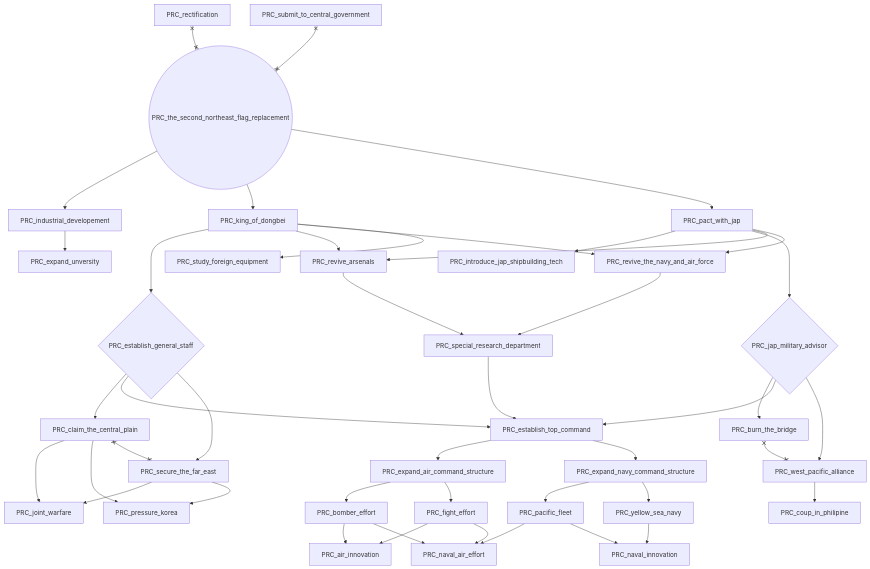
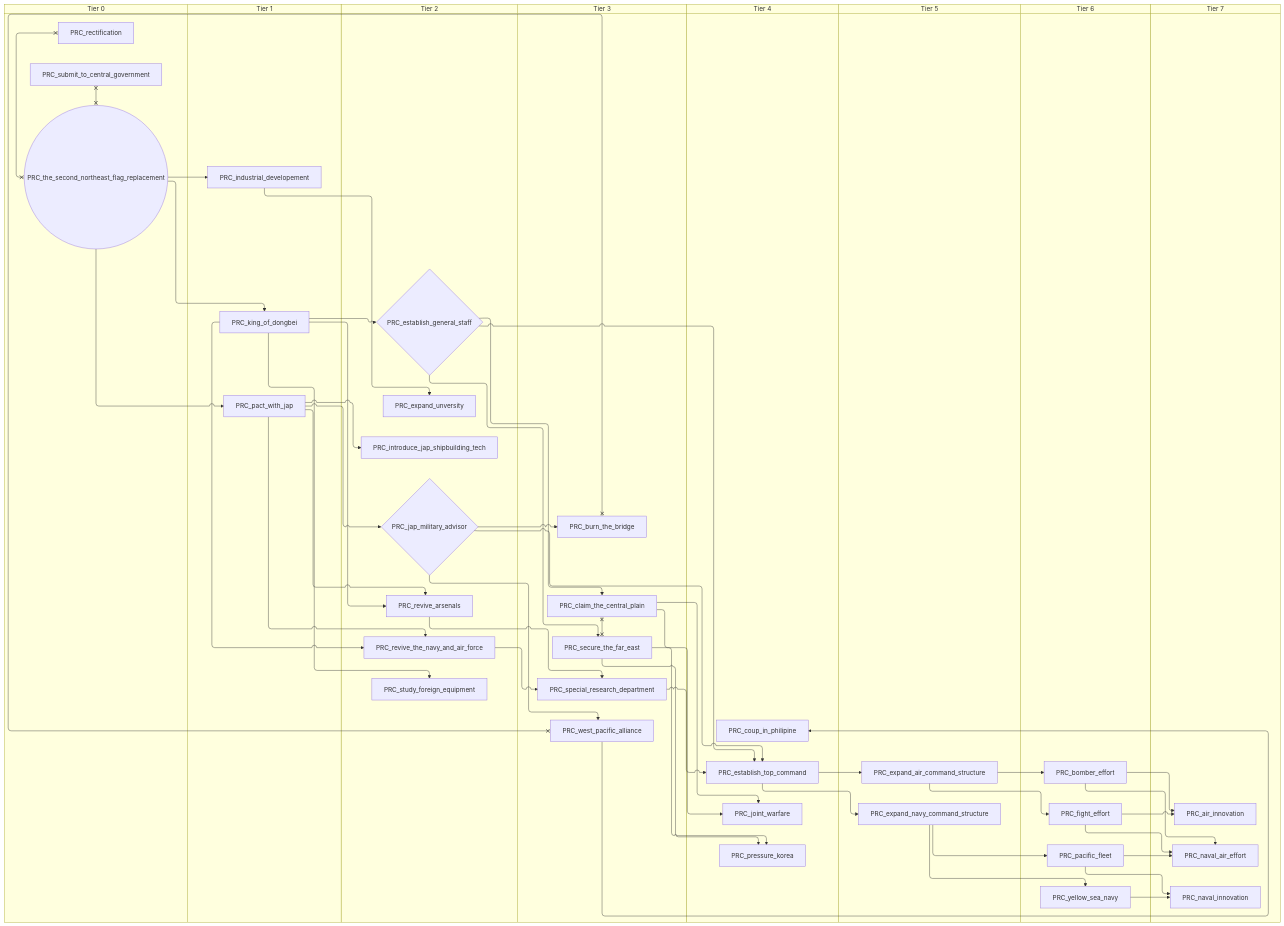
Before and after one commit to evgeny-sobol/hoi4-sandbox-mode-r56: the fifth of 5 diagrams in docs/gdd/National Focuses/r56/china_communist.md, drawn with Mermaid. The commit also changed other lines of this file and 423 other files, not shown here.

First line of the commit message:
Re-export Rt56 focus trees as swimlane diagrams

````diff
--- a/docs/gdd/National Focuses/r56/china_communist.md
+++ b/docs/gdd/National Focuses/r56/china_communist.md
@@ -308,77 +356,93 @@
 ```mermaid
-flowchart TD
-    n122["PRC_air_innovation"]
-    n123["PRC_bomber_effort"]
-    n124["PRC_burn_the_bridge"]
-    n125["PRC_claim_the_central_plain"]
-    n126["PRC_coup_in_philipine"]
-    n127{"PRC_establish_general_staff"}
-    n128["PRC_establish_top_command"]
-    n129["PRC_expand_air_command_structure"]
-    n130["PRC_expand_navy_command_structure"]
-    n131["PRC_expand_unversity"]
-    n132["PRC_fight_effort"]
-    n133["PRC_industrial_developement"]
-    n134["PRC_introduce_jap_shipbuilding_tech"]
-    n135{"PRC_jap_military_advisor"}
-    n136["PRC_joint_warfare"]
-    n137["PRC_king_of_dongbei"]
-    n138["PRC_naval_air_effort"]
-    n139["PRC_naval_innovation"]
-    n140["PRC_pacific_fleet"]
-    n141["PRC_pact_with_jap"]
-    n142["PRC_pressure_korea"]
-    n104["PRC_rectification"]
-    n143["PRC_revive_arsenals"]
-    n144["PRC_revive_the_navy_and_air_force"]
-    n145["PRC_secure_the_far_east"]
-    n146["PRC_special_research_department"]
-    n147["PRC_study_foreign_equipment"]
-    n113["PRC_submit_to_central_government"]
-    n120(("PRC_the_second_northeast_flag_replacement"))
-    n148["PRC_west_pacific_alliance"]
-    n149["PRC_yellow_sea_navy"]
-    n123 --> n122
-    n132 --> n122
-    n129 --> n123
-    n135 --> n124
-    n127 --> n125
-    n148 --> n126
-    n137 --> n127
-    n146 --> n128
-    n127 --> n128
-    n135 --> n128
-    n128 --> n129
-    n128 --> n130
-    n133 --> n131
-    n129 --> n132
-    n120 --> n133
-    n141 --> n134
-    n141 --> n135
-    n125 --> n136
-    n145 --> n136
-    n120 --> n137
-    n140 --> n138
-    n132 --> n138
-    n123 --> n138
-    n149 --> n139
-    n140 --> n139
-    n130 --> n140
-    n120 --> n141
-    n145 --> n142
-    n125 --> n142
+swimlane-beta TD
+    subgraph tier_0["Tier 0"]
+        n62["PRC_rectification"]
+        n63["PRC_submit_to_central_government"]
+        n64(("PRC_the_second_northeast_flag_replacement"))
+    end
+    subgraph tier_1["Tier 1"]
+        n122["PRC_industrial_developement"]
+        n123["PRC_king_of_dongbei"]
+        n124["PRC_pact_with_jap"]
+    end
+    subgraph tier_2["Tier 2"]
+        n125{"PRC_establish_general_staff"}
+        n126["PRC_expand_unversity"]
+        n127["PRC_introduce_jap_shipbuilding_tech"]
+        n128{"PRC_jap_military_advisor"}
+        n129["PRC_revive_arsenals"]
+        n130["PRC_revive_the_navy_and_air_force"]
+        n131["PRC_study_foreign_equipment"]
+    end
+    subgraph tier_3["Tier 3"]
+        n132["PRC_burn_the_bridge"]
+        n133["PRC_claim_the_central_plain"]
+        n134["PRC_secure_the_far_east"]
+        n135["PRC_special_research_department"]
+        n136["PRC_west_pacific_alliance"]
+    end
+    subgraph tier_4["Tier 4"]
+        n137["PRC_coup_in_philipine"]
+        n138["PRC_establish_top_command"]
+        n139["PRC_joint_warfare"]
+        n140["PRC_pressure_korea"]
+    end
+    subgraph tier_5["Tier 5"]
+        n141["PRC_expand_air_command_structure"]
+        n142["PRC_expand_navy_command_structure"]
+    end
+    subgraph tier_6["Tier 6"]
+        n143["PRC_bomber_effort"]
+        n144["PRC_fight_effort"]
+        n145["PRC_pacific_fleet"]
+        n146["PRC_yellow_sea_navy"]
+    end
+    subgraph tier_7["Tier 7"]
+        n147["PRC_air_innovation"]
+        n148["PRC_naval_air_effort"]
+        n149["PRC_naval_innovation"]
+    end
+    n143 --> n147
+    n144 --> n147
     n141 --> n143
-    n137 --> n143
+    n128 --> n132
+    n125 --> n133
+    n136 --> n137
+    n123 --> n125
+    n135 --> n138
+    n125 --> n138
+    n128 --> n138
+    n138 --> n141
+    n138 --> n142
+    n122 --> n126
     n141 --> n144
-    n137 --> n144
-    n127 --> n145
-    n143 --> n146
-    n144 --> n146
-    n137 --> n147
-    n135 --> n148
-    n130 --> n149
-    n124 x--x n148
-    n125 x--x n145
-    n104 x--x n120
-    n113 x--x n120
+    n64 --> n122
+    n124 --> n127
+    n124 --> n128
+    n133 --> n139
+    n134 --> n139
+    n64 --> n123
+    n145 --> n148
+    n144 --> n148
+    n143 --> n148
+    n146 --> n149
+    n145 --> n149
+    n142 --> n145
+    n64 --> n124
+    n134 --> n140
+    n133 --> n140
+    n124 --> n129
+    n123 --> n129
+    n124 --> n130
+    n123 --> n130
+    n125 --> n134
+    n129 --> n135
+    n130 --> n135
+    n123 --> n131
+    n128 --> n136
+    n142 --> n146
+    n132 x--x n136
+    n133 x--x n134
+    n62 x--x n64
+    n63 x--x n64
 ```
````
